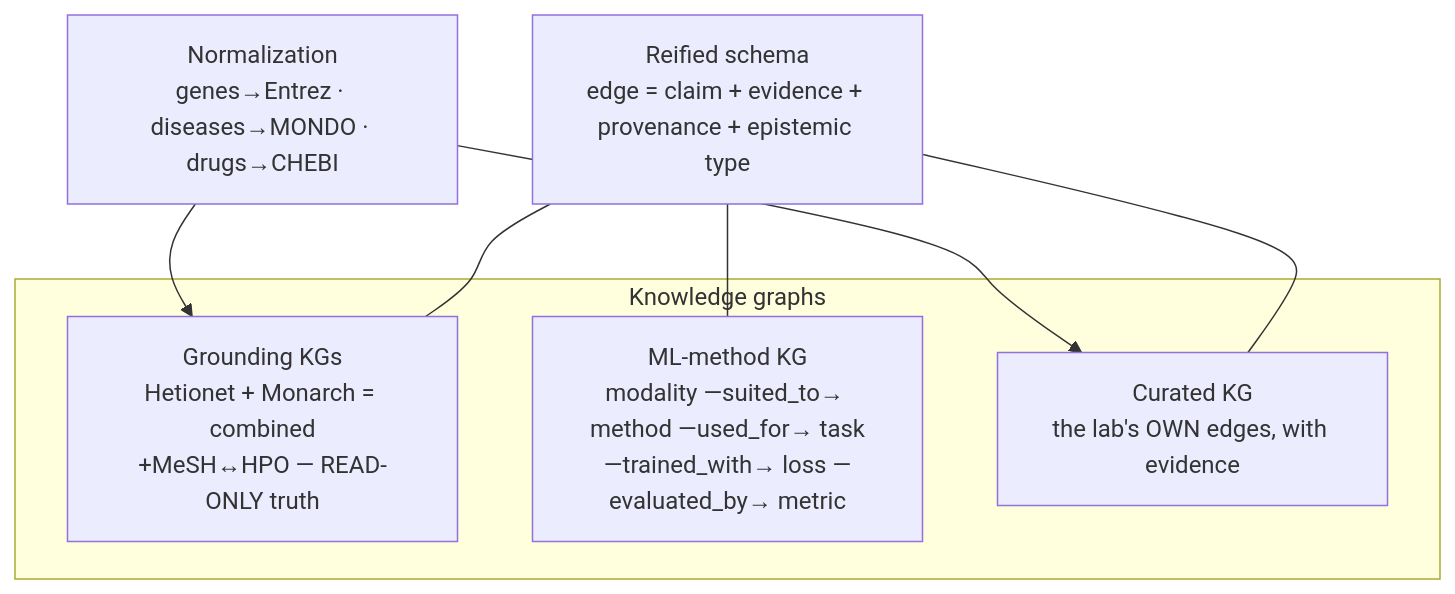
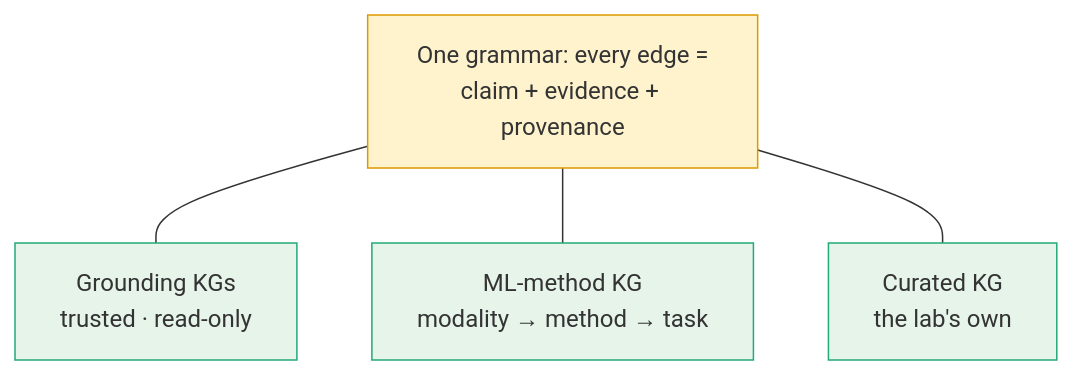
One commit to jamisonhburks/lab_tracker changed the third of 11 diagrams in docs/architecture-overview.md. Above: the diagram before and after it, drawn with Mermaid. The commit also changed other lines of this file and 23 other files, not shown here.

First line of the commit message:
docs: simplify slide diagrams — short glanceable labels (#69)

````diff
--- a/docs/architecture-overview.md
+++ b/docs/architecture-overview.md
@@ -86,10 +82,12 @@
 ```mermaid
 flowchart TB
-  subgraph G["Knowledge graphs"]
-    GK["Grounding KGs<br/>Hetionet + Monarch = combined<br/>+MeSH↔HPO — READ-ONLY truth"]
-    MK["ML-method KG<br/>modality —suited_to→ method —used_for→ task<br/>—trained_with→ loss —evaluated_by→ metric"]
-    CK["Curated KG<br/>the lab's OWN edges, with evidence"]
-  end
-  N["Normalization<br/>genes→Entrez · diseases→MONDO · drugs→CHEBI"] --> GK & CK
-  SCH["Reified schema<br/>edge = claim + evidence + provenance + epistemic type"] --- GK & MK & CK
+  GK["Grounding KGs<br/>trusted · read-only"]:::a
+  MK["ML-method KG<br/>modality → method → task"]:::a
+  CK["Curated KG<br/>the lab's own"]:::a
+  SCH["One grammar: every edge =<br/>claim + evidence + provenance"]:::b
+  SCH --- GK
+  SCH --- MK
+  SCH --- CK
+  classDef a fill:#e6f4ea,stroke:#2a7;
+  classDef b fill:#fff3cd,stroke:#d90;
 ```
````
